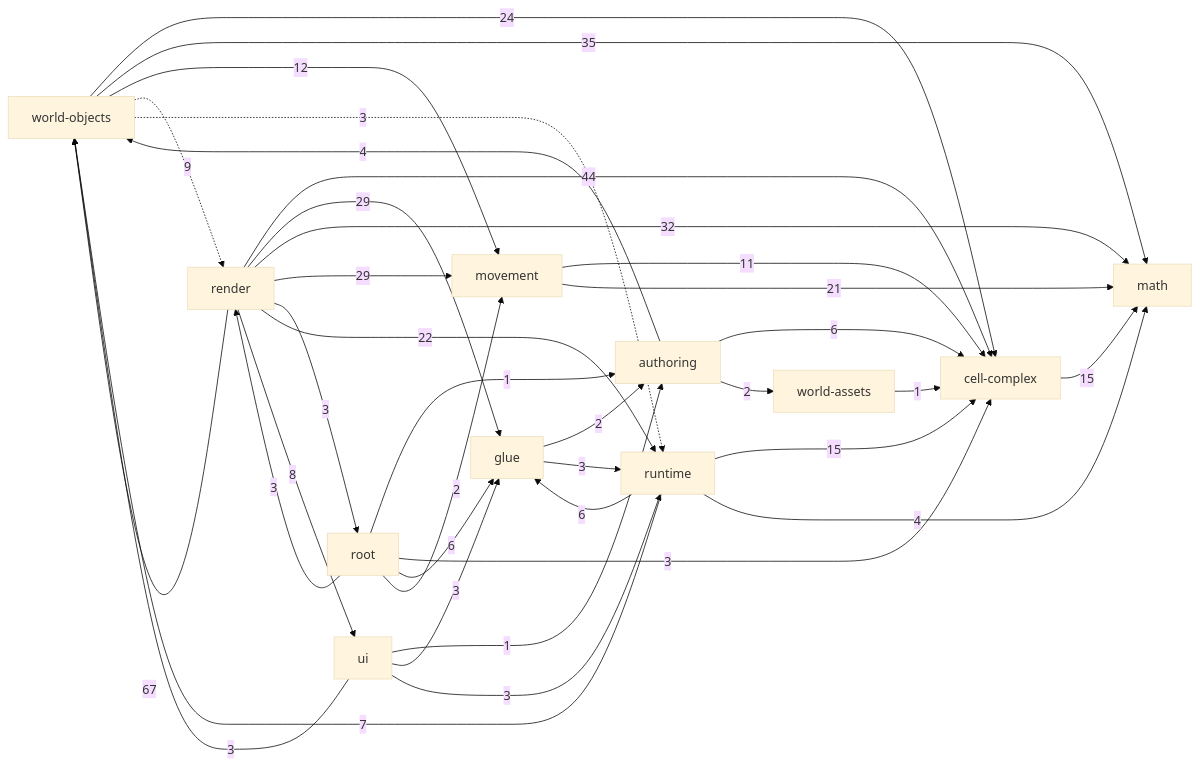
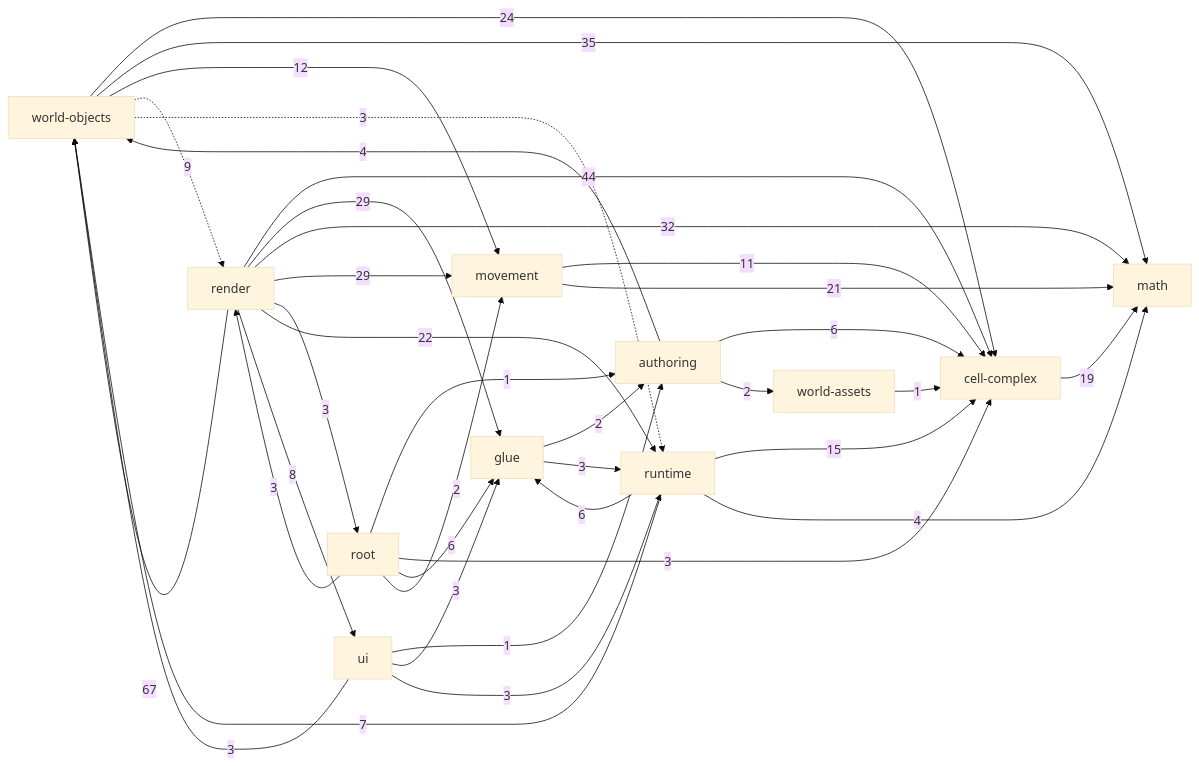
The diagram in _docs/generated/ARCHITECTURE_REFERENCE.md (guraltsev/noneuclid-fpv), drawn with Mermaid (base theme) before and after one commit. The commit also changed other lines of this file and 6 other files, not shown here.

````diff
--- a/_docs/generated/ARCHITECTURE_REFERENCE.md
+++ b/_docs/generated/ARCHITECTURE_REFERENCE.md
@@ -32,49 +32,49 @@
 ```mermaid
 flowchart LR
   math["math"]
   cell_complex["cell-complex"]
   movement["movement"]
   world_assets["world-assets"]
   world_objects["world-objects"]
   authoring["authoring"]
   runtime["runtime"]
   ui["ui"]
   glue["glue"]
   render["render"]
   root["root"]
   authoring -->|6| cell_complex
   authoring -->|2| world_assets
   authoring -->|4| world_objects
-  cell_complex -->|15| math
+  cell_complex -->|19| math
   glue -->|2| authoring
   glue -->|3| runtime
   movement -->|11| cell_complex
   movement -->|21| math
   render -->|44| cell_complex
   render -->|29| glue
   render -->|32| math
   render -->|29| movement
   render -->|3| root
   render -->|22| runtime
   render -->|8| ui
   render -->|67| world_objects
   root -->|1| authoring
   root -->|3| cell_complex
   root -->|6| glue
   root -->|2| movement
   root -->|3| render
   runtime -->|15| cell_complex
   runtime -->|6| glue
   runtime -->|4| math
   runtime -->|7| world_objects
   ui -->|1| authoring
   ui -->|3| glue
   ui -->|3| runtime
   ui -->|3| world_objects
   world_assets -->|1| cell_complex
   world_objects -->|24| cell_complex
   world_objects -->|35| math
   world_objects -->|12| movement
   world_objects -.->|9| render
   world_objects -.->|3| runtime
 ```
````
